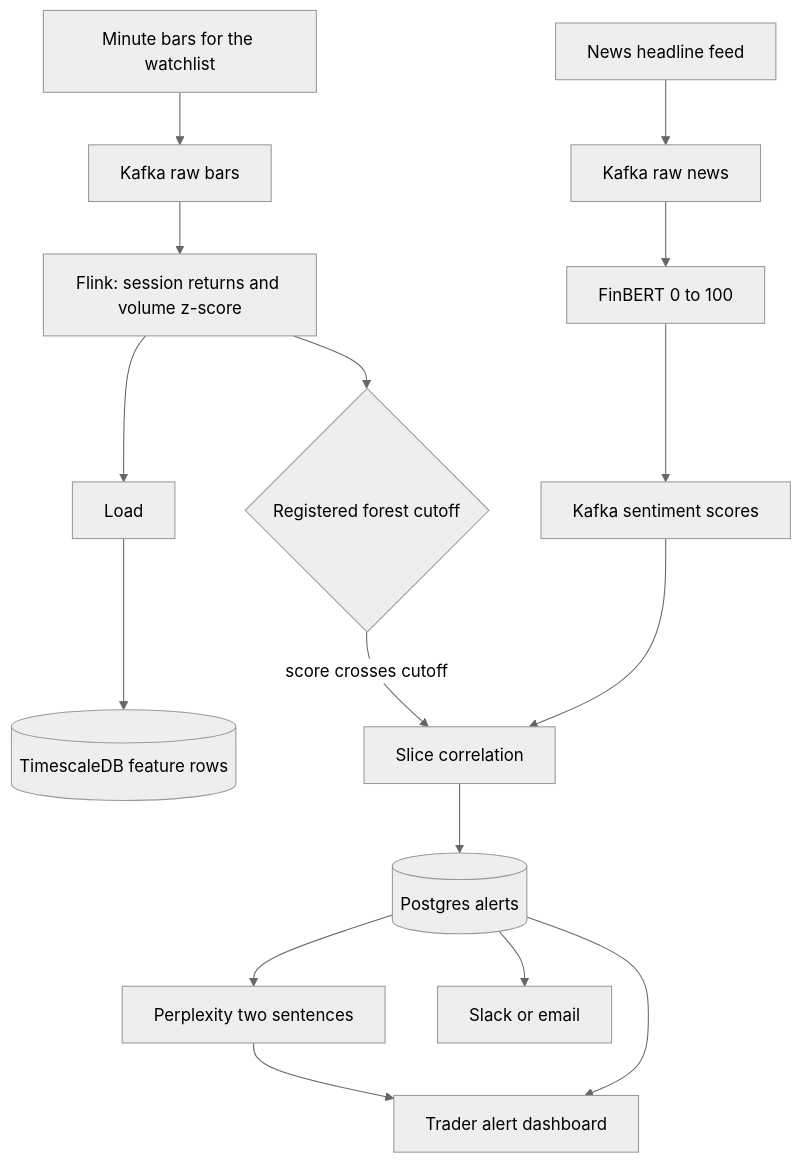
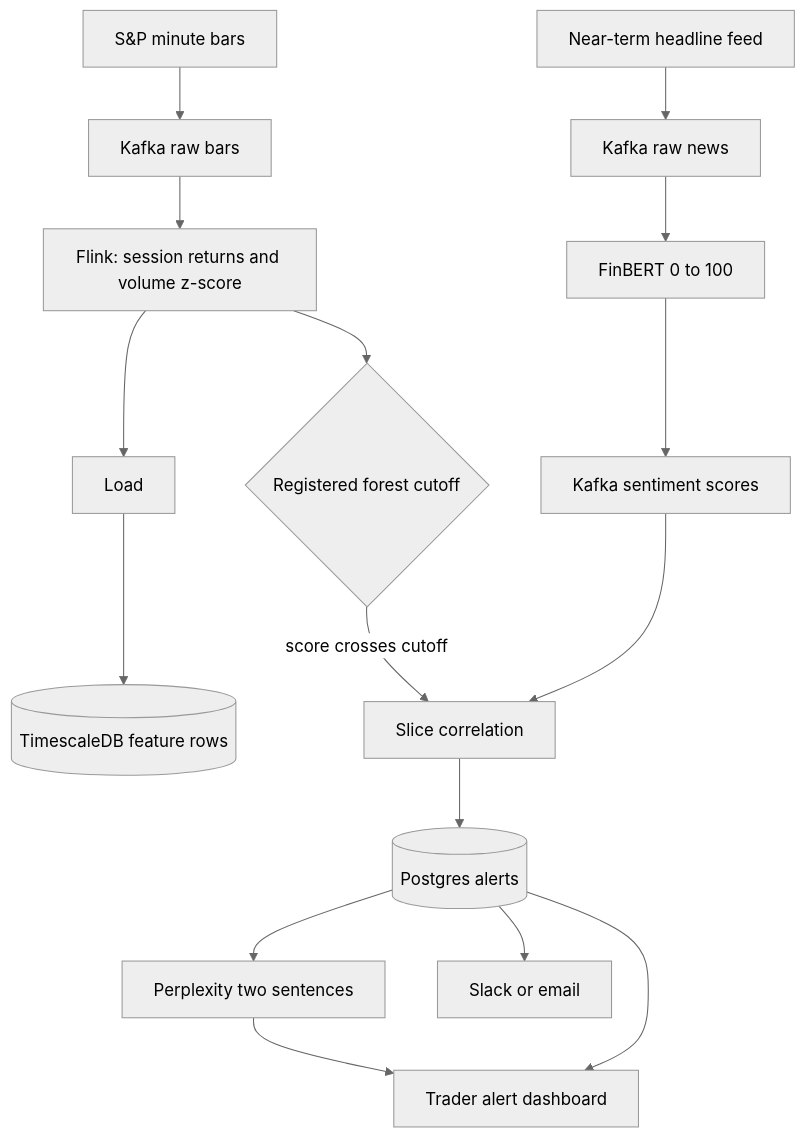
Before and after one commit to sameerde4/ticker-alert-system: the seventh of 8 diagrams in docs/architecture.md, drawn with Mermaid (neutral theme). The commit also changed other lines of this file and 6 other files, not shown here.

````diff
--- a/docs/architecture.md
+++ b/docs/architecture.md
@@ -249,20 +261,20 @@
 ```mermaid
 flowchart TD
-    MKT[Minute bars for the watchlist] --> KT[Kafka raw bars]
+    MKT[S&P minute bars] --> KT[Kafka raw bars]
     KT --> FLINK[Flink: session returns and volume z-score]
     FLINK --> GATE{Registered forest cutoff}
     FLINK --> LOADT[Load]
     LOADT --> TIMESCALE[(TimescaleDB feature rows)]
     GATE -->|score crosses cutoff| CORR[Slice correlation]
 
-    NEWS[News headline feed] --> KN[Kafka raw news]
+    NEWS[Near-term headline feed] --> KN[Kafka raw news]
     KN --> FINBERT[FinBERT 0 to 100]
     FINBERT --> SCORES[Kafka sentiment scores]
     SCORES --> CORR
 
     CORR --> PG[(Postgres alerts)]
     PG --> PPLX[Perplexity two sentences]
     PPLX --> DASH[Trader alert dashboard]
     PG --> DASH
     PG --> NOTIFY[Slack or email]
 ```
````
